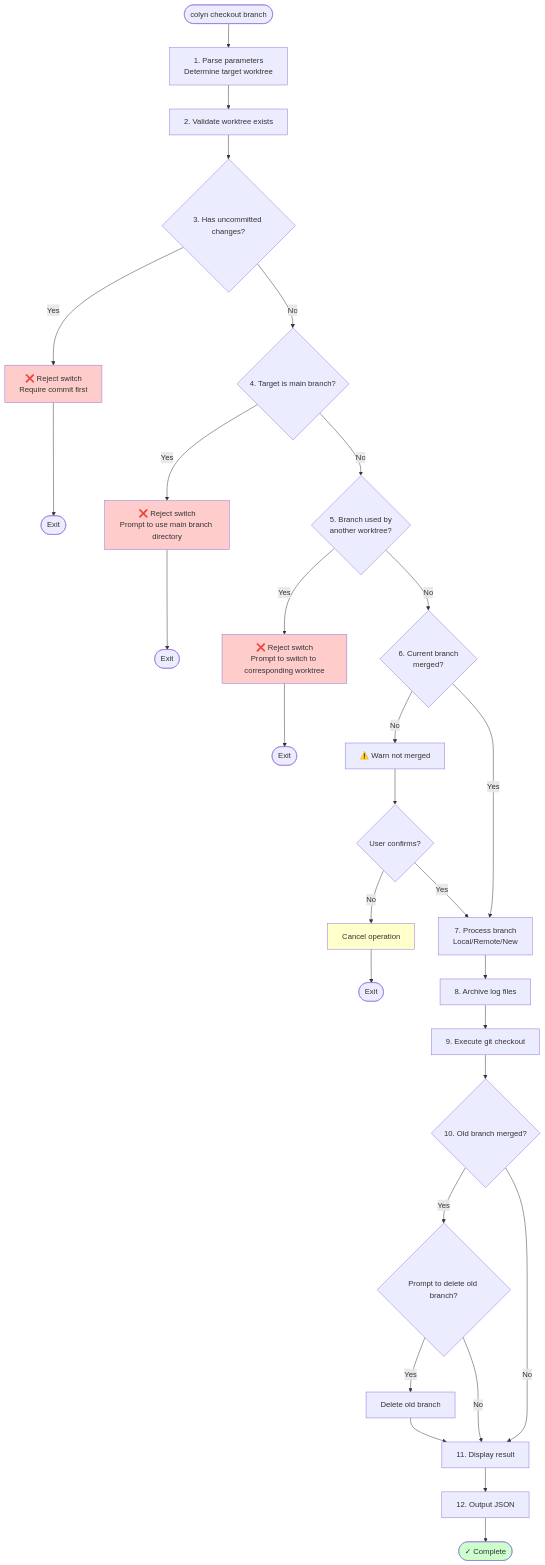
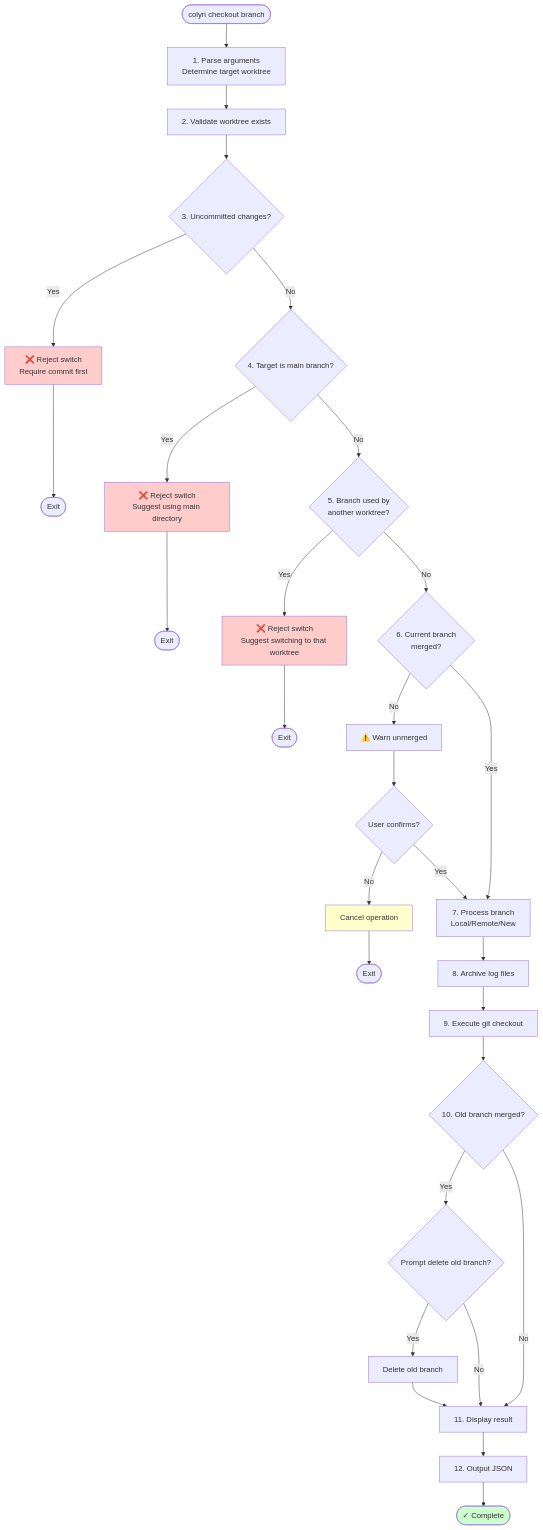
Before and after one commit to colin-han/colyn: the diagram in docs-en/design-checkout-command.md, drawn with Mermaid. The commit also changed other lines of this file and 11 other files, not shown here.

````diff
--- a/docs-en/design-checkout-command.md
+++ b/docs-en/design-checkout-command.md
@@ -89,44 +89,44 @@
 ```mermaid
 flowchart TD
-    Start([colyn checkout branch]) --> Parse[1. Parse parameters<br/>Determine target worktree]
+    Start([colyn checkout branch]) --> Parse[1. Parse arguments<br/>Determine target worktree]
     Parse --> Validate[2. Validate worktree exists]
-    Validate --> CheckClean{3. Has uncommitted changes?}
+    Validate --> CheckClean{3. Uncommitted changes?}
 
     CheckClean -->|Yes| ErrorDirty[❌ Reject switch<br/>Require commit first]
     ErrorDirty --> Exit1([Exit])
 
     CheckClean -->|No| CheckMain{4. Target is main branch?}
-    CheckMain -->|Yes| ErrorMain[❌ Reject switch<br/>Prompt to use main branch directory]
+    CheckMain -->|Yes| ErrorMain[❌ Reject switch<br/>Suggest using main directory]
     ErrorMain --> Exit2([Exit])
 
     CheckMain -->|No| CheckUsed{5. Branch used by<br/>another worktree?}
-    CheckUsed -->|Yes| ErrorUsed[❌ Reject switch<br/>Prompt to switch to corresponding worktree]
+    CheckUsed -->|Yes| ErrorUsed[❌ Reject switch<br/>Suggest switching to that worktree]
     ErrorUsed --> Exit3([Exit])
 
     CheckUsed -->|No| CheckMerged{6. Current branch<br/>merged?}
-    CheckMerged -->|No| WarnUnmerged[⚠️ Warn not merged]
+    CheckMerged -->|No| WarnUnmerged[⚠️ Warn unmerged]
     WarnUnmerged --> Confirm{User confirms?}
     Confirm -->|No| Cancel[Cancel operation]
     Cancel --> Exit4([Exit])
     Confirm -->|Yes| ProcessBranch
 
     CheckMerged -->|Yes| ProcessBranch[7. Process branch<br/>Local/Remote/New]
     ProcessBranch --> Archive[8. Archive log files]
     Archive --> Checkout[9. Execute git checkout]
 
     Checkout --> CheckMergedAgain{10. Old branch merged?}
-    CheckMergedAgain -->|Yes| AskDelete{Prompt to delete old branch?}
+    CheckMergedAgain -->|Yes| AskDelete{Prompt delete old branch?}
     AskDelete -->|Yes| DeleteBranch[Delete old branch]
     DeleteBranch --> Result
     AskDelete -->|No| Result
 
     CheckMergedAgain -->|No| Result[11. Display result]
     Result --> Output[12. Output JSON]
     Output --> Success([✓ Complete])
 
     style ErrorDirty fill:#ffcccc
     style ErrorMain fill:#ffcccc
     style ErrorUsed fill:#ffcccc
     style Cancel fill:#ffffcc
     style Success fill:#ccffcc
 ```
````
